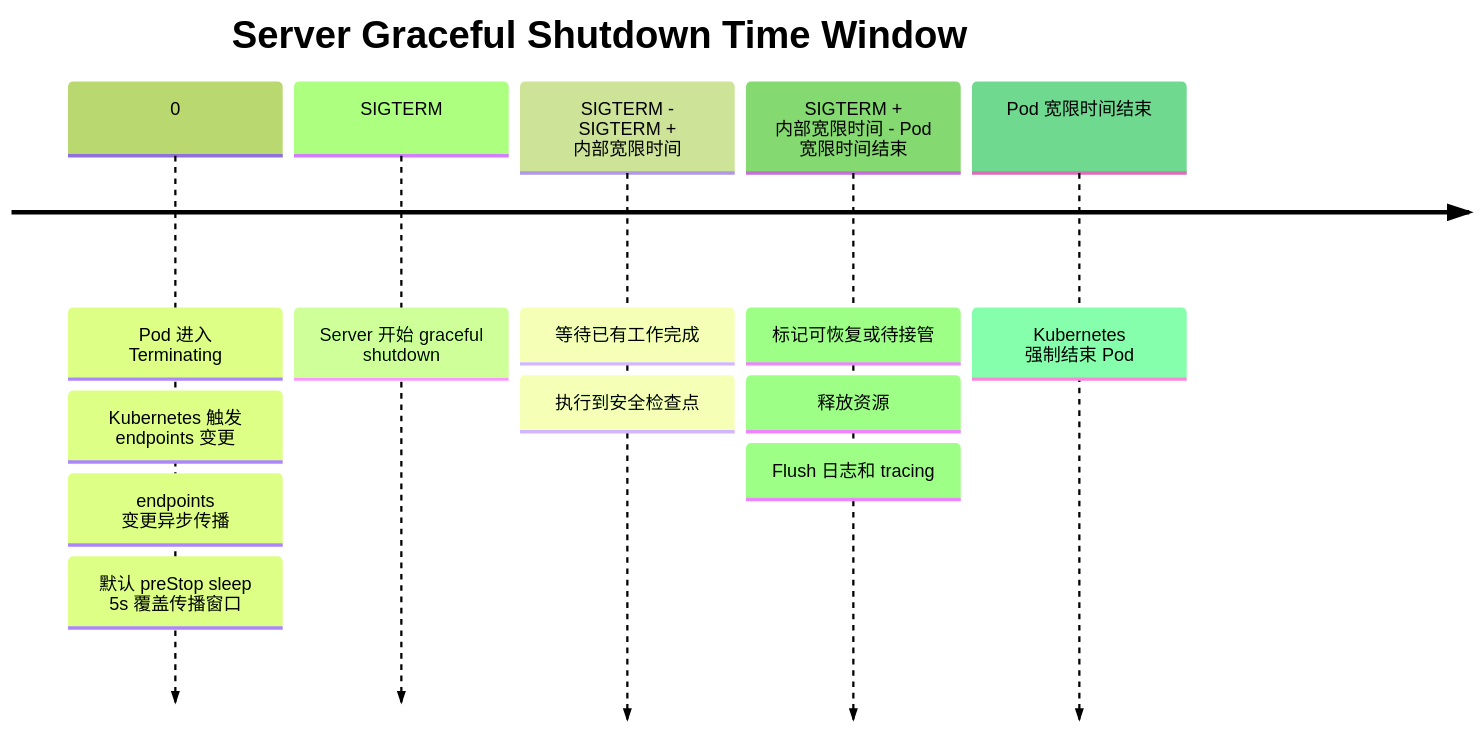
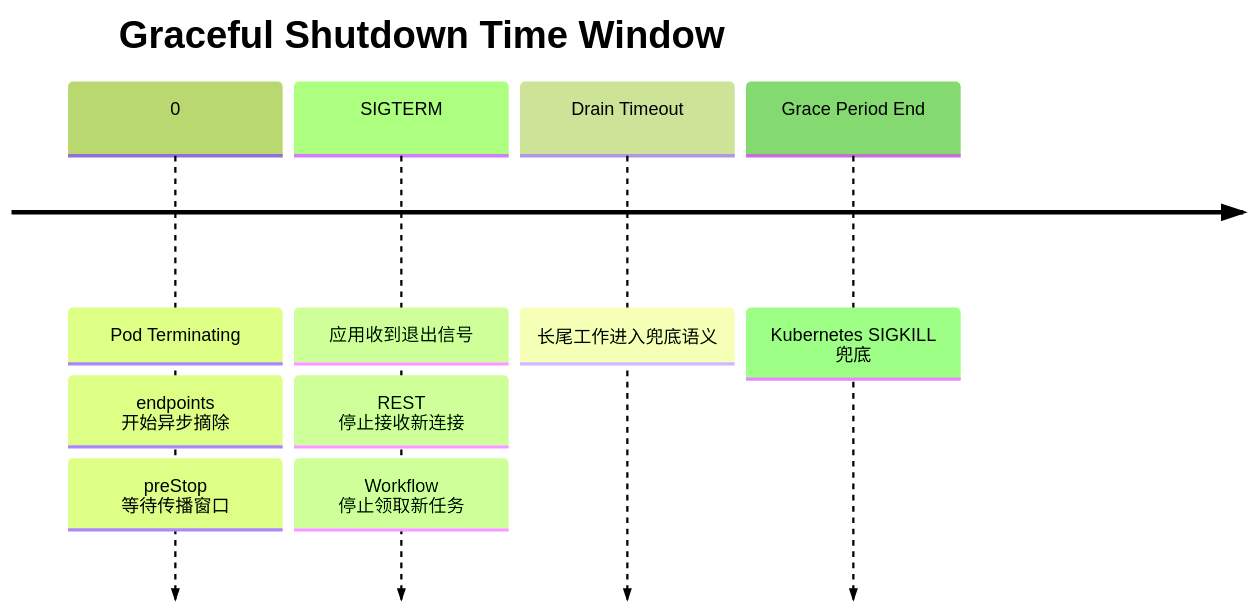
The first of 3 diagrams in docs/concepts/server/graceful_shutdown.md (TencentBlueKing/bk-nodemgr), drawn with Mermaid (forest theme) before and after one commit. The commit also changed other lines of this file, not shown here.

Commit message:
docs: Refine graceful shutdown documentation

````diff
--- a/docs/concepts/server/graceful_shutdown.md
+++ b/docs/concepts/server/graceful_shutdown.md
@@ -25,15 +13,12 @@
 ```mermaid
 timeline
-    title Server Graceful Shutdown Time Window
-    0: Pod 进入 Terminating
-       : Kubernetes 触发 endpoints 变更
-       : endpoints 变更异步传播
-       : 默认 preStop sleep 5s 覆盖传播窗口
-    SIGTERM: Server 开始 graceful shutdown
-    SIGTERM - SIGTERM + 内部宽限时间: 等待已有工作完成
-            : 执行到安全检查点
-    SIGTERM + 内部宽限时间 - Pod 宽限时间结束: 标记可恢复或待接管
-            : 释放资源
-            : Flush 日志和 tracing
-    Pod 宽限时间结束: Kubernetes 强制结束 Pod
+    title Graceful Shutdown Time Window
+    0: Pod Terminating
+            : endpoints 开始异步摘除
+            : preStop 等待传播窗口
+    SIGTERM: 应用收到退出信号
+            : REST 停止接收新连接
+            : Workflow 停止领取新任务
+    Drain Timeout: 长尾工作进入兜底语义
+    Grace Period End: Kubernetes SIGKILL 兜底
 ```
````
